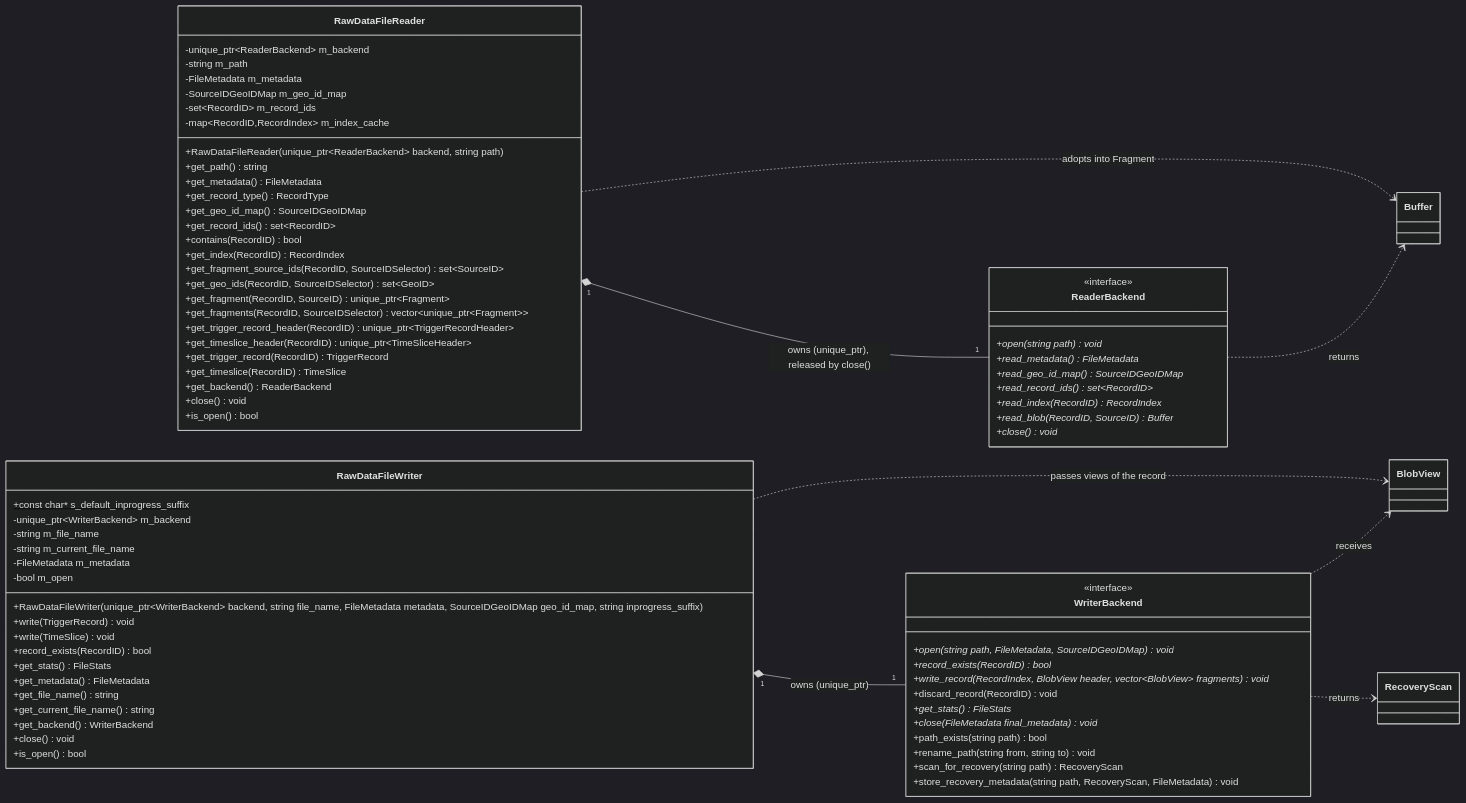
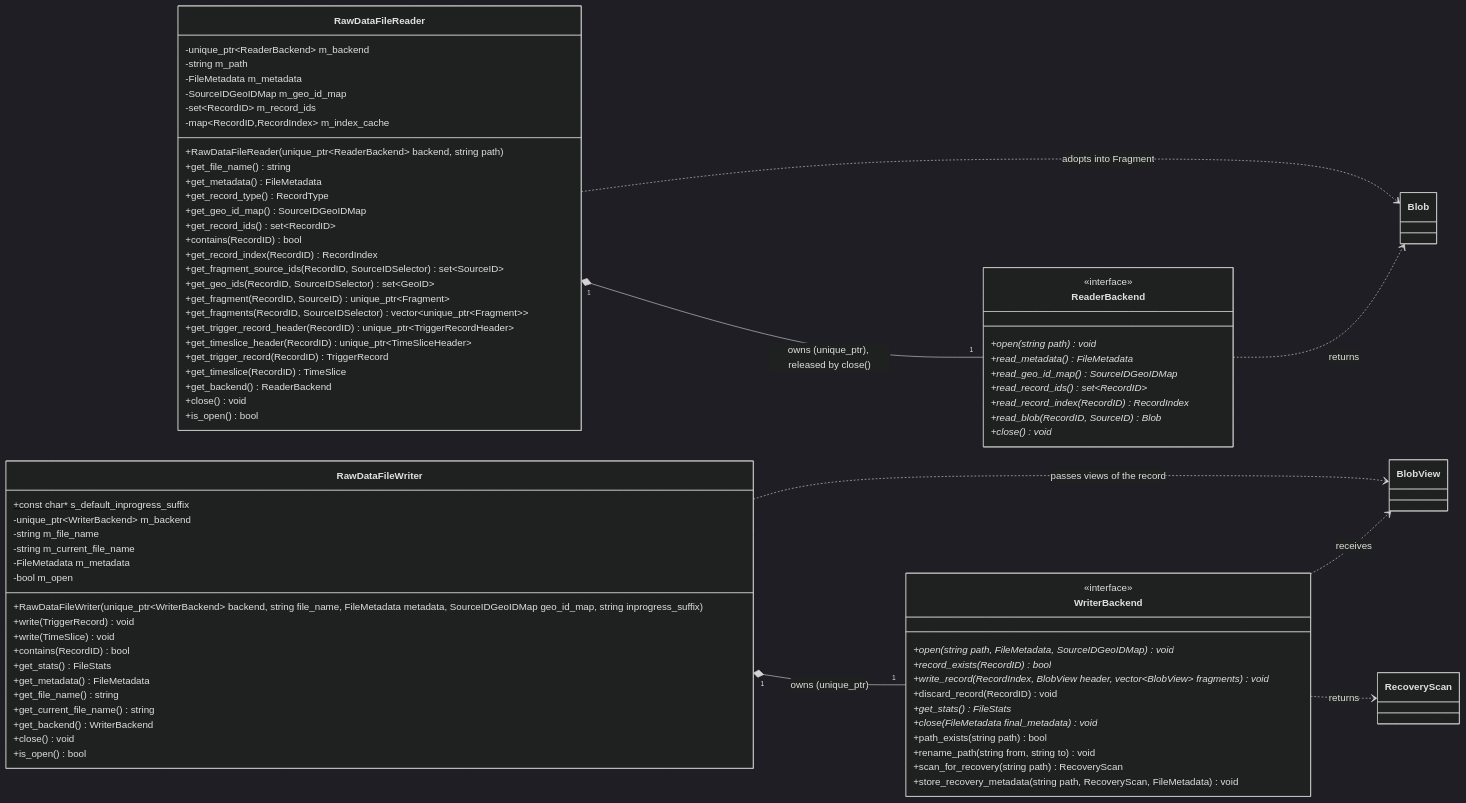
Before and after one commit to wesketchum/rawdatafilelibs: the second of 12 diagrams in docs/DESIGN.md, drawn with Mermaid (dark theme). The commit also changed other lines of this file and 4 other files, not shown here.

````diff
--- a/docs/DESIGN.md
+++ b/docs/DESIGN.md
@@ -217,13 +217,13 @@
         -set~RecordID~ m_record_ids
         -map~RecordID,RecordIndex~ m_index_cache
         +RawDataFileReader(unique_ptr~ReaderBackend~ backend, string path)
-        +get_path() string
+        +get_file_name() string
         +get_metadata() FileMetadata
         +get_record_type() RecordType
         +get_geo_id_map() SourceIDGeoIDMap
         +get_record_ids() set~RecordID~
         +contains(RecordID) bool
-        +get_index(RecordID) RecordIndex
+        +get_record_index(RecordID) RecordIndex
         +get_fragment_source_ids(RecordID, SourceIDSelector) set~SourceID~
         +get_geo_ids(RecordID, SourceIDSelector) set~GeoID~
         +get_fragment(RecordID, SourceID) unique_ptr~Fragment~
@@ -247,7 +247,7 @@
         +RawDataFileWriter(unique_ptr~WriterBackend~ backend, string file_name, FileMetadata metadata, SourceIDGeoIDMap geo_id_map, string inprogress_suffix)
         +write(TriggerRecord) void
         +write(TimeSlice) void
-        +record_exists(RecordID) bool
+        +contains(RecordID) bool
         +get_stats() FileStats
         +get_metadata() FileMetadata
         +get_file_name() string
@@ -263,8 +263,8 @@
         +read_metadata()* FileMetadata
         +read_geo_id_map()* SourceIDGeoIDMap
         +read_record_ids()* set~RecordID~
-        +read_index(RecordID)* RecordIndex
-        +read_blob(RecordID, SourceID)* Buffer
+        +read_record_index(RecordID)* RecordIndex
+        +read_blob(RecordID, SourceID)* Blob
         +close()* void
     }
 
@@ -284,9 +284,9 @@
 
     RawDataFileReader "1" *-- "1" ReaderBackend : owns (unique_ptr), released by close()
     RawDataFileWriter "1" *-- "1" WriterBackend : owns (unique_ptr)
-    RawDataFileReader ..> Buffer : adopts into Fragment
+    RawDataFileReader ..> Blob : adopts into Fragment
     RawDataFileWriter ..> BlobView : passes views of the record
-    ReaderBackend ..> Buffer : returns
+    ReaderBackend ..> Blob : returns
     WriterBackend ..> BlobView : receives
     WriterBackend ..> RecoveryScan : returns
 ```
````
